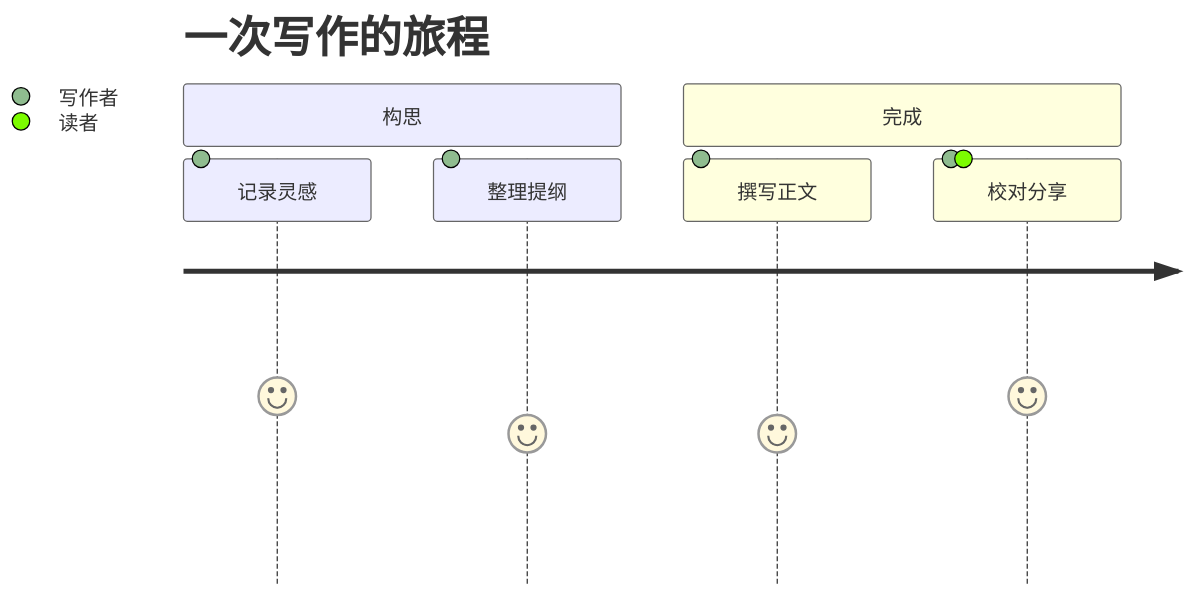
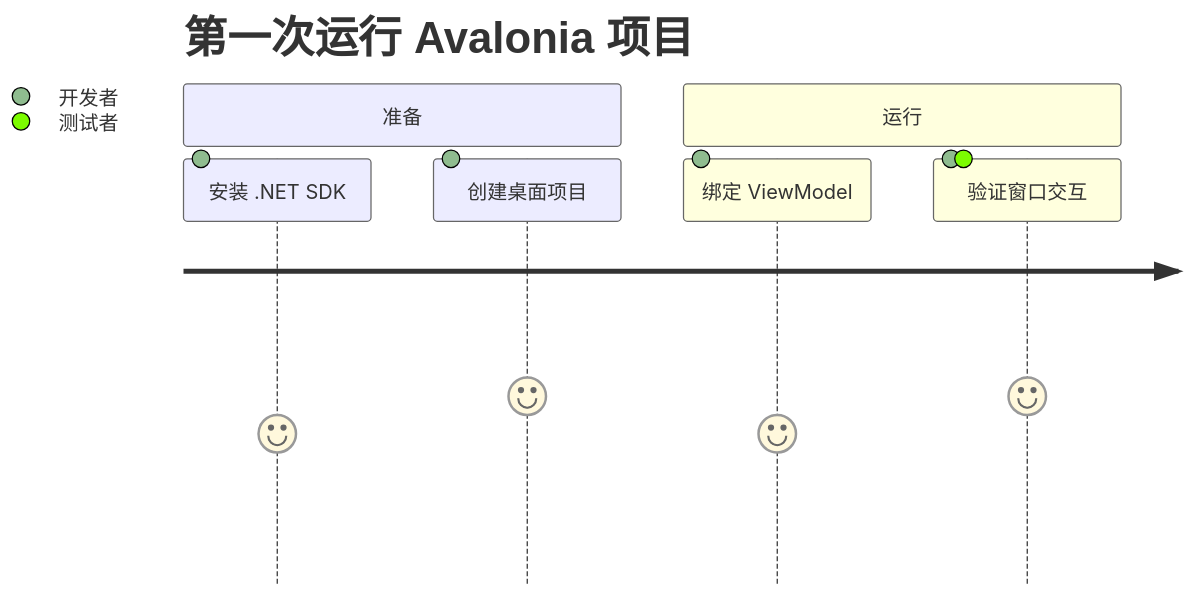
One commit to dotnet9/Vex changed the fourth of 24 diagrams in docs/演示文档/Mermaid 图表图鉴.md. Above: the diagram before and after it, drawn with Mermaid. The commit also changed other lines of this file and 23 other files, not shown here.

Commit message:
完善(演示文档)：围绕 .NET 与 Avalonia 重编示例并补齐 24 类图表

````diff
--- a/docs/演示文档/Mermaid 图表图鉴.md
+++ b/docs/演示文档/Mermaid 图表图鉴.md
@@ -49,10 +52,10 @@
 ```mermaid
 journey
-  title 一次写作的旅程
-  section 构思
-    记录灵感: 5: 写作者
-    整理提纲: 4: 写作者
-  section 完成
-    撰写正文: 4: 写作者
-    校对分享: 5: 写作者, 读者
+  title 第一次运行 Avalonia 项目
+  section 准备
+    安装 .NET SDK: 4: 开发者
+    创建桌面项目: 5: 开发者
+  section 运行
+    绑定 ViewModel: 4: 开发者
+    验证窗口交互: 5: 开发者, 测试者
 ```
````
